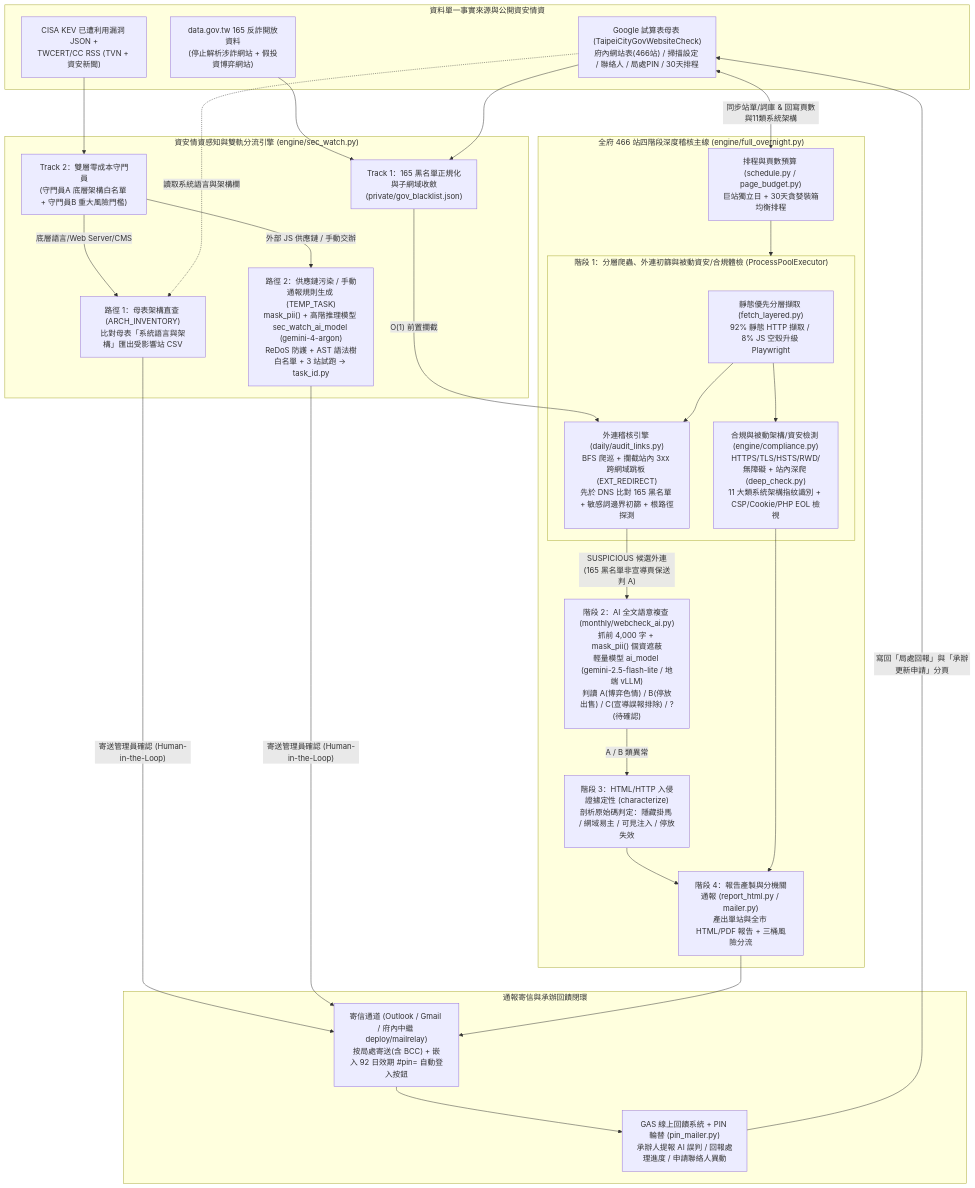
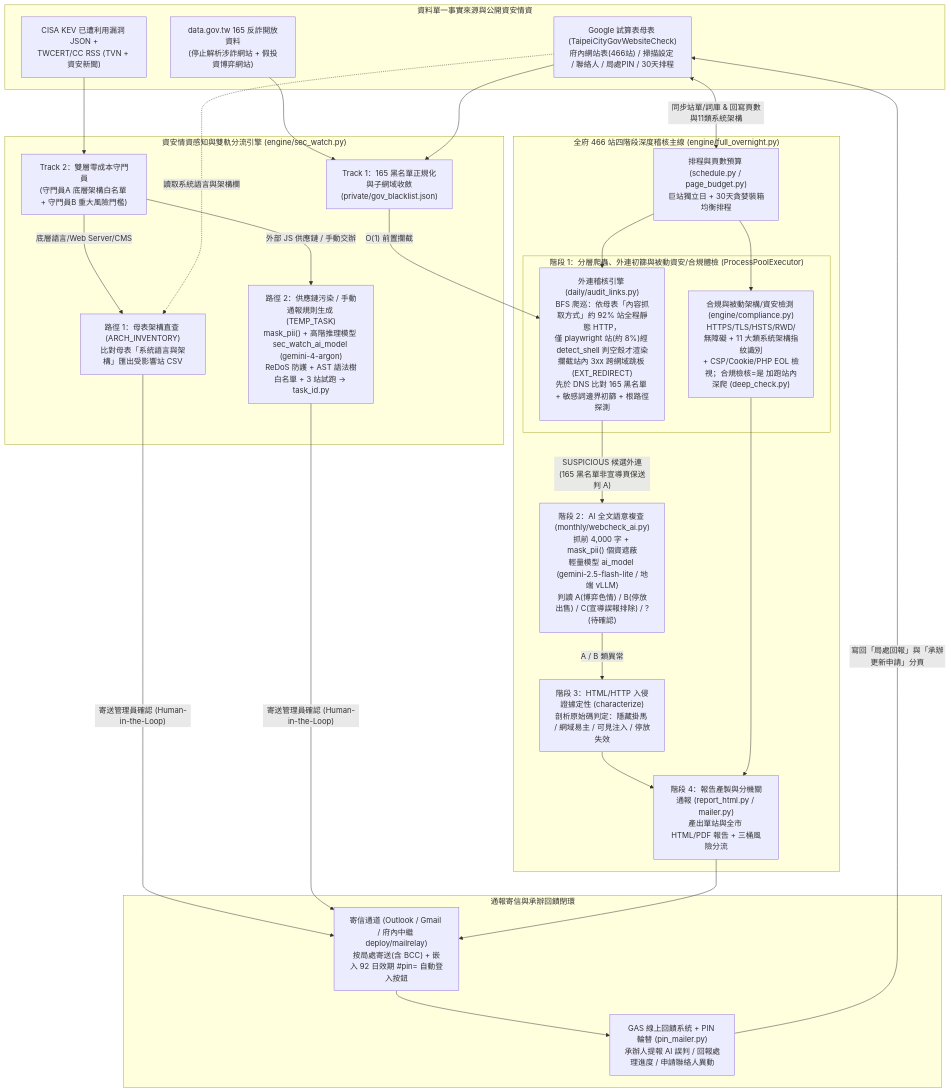
One commit to acebd12345/websitecheck changed the diagram in README.md. Above: the diagram before and after it, drawn with Mermaid. The commit also changed 1 other file, not shown here.

Commit message:
docs: correct architecture diagram - rendering decided by sheet fetch method, deep_check only for compliance sites

````diff
--- a/README.md
+++ b/README.md
@@ -17,50 +17,48 @@
 ```mermaid
 flowchart TD
     subgraph SSoT["資料單一事實來源與公開資安情資"]
         GS["Google 試算表母表 (TaipeiCityGovWebsiteCheck)<br/>府內網站表(466站) / 掃描設定 / 聯絡人 / 局處PIN / 30天排程"]
         GOV165["data.gov.tw 165 反詐開放資料<br/>(停止解析涉詐網站 + 假投資博弈網站)"]
         KEV_RSS["CISA KEV 已遭利用漏洞 JSON +<br/>TWCERT/CC RSS (TVN + 資安新聞)"]
     end
 
     subgraph SecWatch["資安情資感知與雙軌分流引擎 (engine/sec_watch.py)"]
         SW_T1["Track 1：165 黑名單正規化與子網域收斂<br/>(private/gov_blacklist.json)"]
         SW_GATE["Track 2：雙層零成本守門員<br/>(守門員A 底層架構白名單 + 守門員B 重大風險門檻)"]
         SW_P1["路徑 1：母表架構直查 (ARCH_INVENTORY)<br/>比對母表「系統語言與架構」匯出受影響站 CSV"]
         SW_P2["路徑 2：供應鏈污染 / 手動通報規則生成 (TEMP_TASK)<br/>mask_pii() + 高階推理模型 sec_watch_ai_model (gemini-4-argon)<br/>ReDoS 防護 + AST 語法樹白名單 + 3 站試跑 → task_id.py"]
     end
 
     subgraph Pipeline["全府 466 站四階段深度稽核主線 (engine/full_overnight.py)"]
         P0["排程與頁數預算 (schedule.py / page_budget.py)<br/>巨站獨立日 + 30天貪婪裝箱均衡排程"]
         subgraph Stage1["階段 1：分層爬蟲、外連初篩與被動資安/合規體檢 (ProcessPoolExecutor)"]
-            FL["靜態優先分層擷取 (fetch_layered.py)<br/>92% 靜態 HTTP 擷取 / 8% JS 空殼升級 Playwright"]
-            AL["外連稽核引擎 (daily/audit_links.py)<br/>BFS 爬巡 + 攔截站內 3xx 跨網域跳板 (EXT_REDIRECT)<br/>先於 DNS 比對 165 黑名單 + 敏感詞邊界初篩 + 根路徑探測"]
-            COMP["合規與被動架構/資安檢測 (engine/compliance.py)<br/>HTTPS/TLS/HSTS/RWD/無障礙 + 站內深爬 (deep_check.py)<br/>11 大類系統架構指紋識別 + CSP/Cookie/PHP EOL 檢視"]
+            AL["外連稽核引擎 (daily/audit_links.py)<br/>BFS 爬巡：依母表「內容抓取方式」約 92% 站全程靜態 HTTP，<br/>僅 playwright 站(約 8%)經 detect_shell 判空殼才渲染<br/>攔截站內 3xx 跨網域跳板 (EXT_REDIRECT)<br/>先於 DNS 比對 165 黑名單 + 敏感詞邊界初篩 + 根路徑探測"]
+            COMP["合規與被動架構/資安檢測 (engine/compliance.py)<br/>HTTPS/TLS/HSTS/RWD/無障礙 + 11 大類系統架構指紋識別<br/>+ CSP/Cookie/PHP EOL 檢視；合規檢核=是 加跑站內深爬 (deep_check.py)"]
         end
         Stage2["階段 2：AI 全文語意複查 (monthly/webcheck_ai.py)<br/>抓前 4,000 字 + mask_pii() 個資遮蔽<br/>輕量模型 ai_model (gemini-2.5-flash-lite / 地端 vLLM)<br/>判讀 A(博弈色情) / B(停放出售) / C(宣導誤報排除) / ?(待確認)"]
         Stage3["階段 3：HTML/HTTP 入侵證據定性 (characterize)<br/>剖析原始碼判定：隱藏掛馬 / 網域易主 / 可見注入 / 停放失效"]
         Stage4["階段 4：報告產製與分機關通報 (report_html.py / mailer.py)<br/>產出單站與全市 HTML/PDF 報告 + 三桶風險分流"]
     end
 
     subgraph Delivery["通報寄信與承辦回饋閉環"]
         RELAY["寄信通道 (Outlook / Gmail / 府內中繼 deploy/mailrelay)<br/>按局處寄送(含 BCC) + 嵌入 92 日效期 #pin= 自動登入按鈕"]
         FB["GAS 線上回饋系統 + PIN 輪替 (pin_mailer.py)<br/>承辦人提報 AI 誤判 / 回報處理進度 / 申請聯絡人異動"]
     end
 
     GS <-->|"同步站單/詞庫 & 回寫頁數與11類系統架構"| P0
     GOV165 & GS --> SW_T1
     SW_T1 -->|"O(1) 前置攔截"| AL
     KEV_RSS --> SW_GATE
     SW_GATE -->|"底層語言/Web Server/CMS"| SW_P1
     SW_GATE -->|"外部 JS 供應鏈 / 手動交辦"| SW_P2
     GS -.->|"讀取系統語言與架構欄"| SW_P1
     SW_P1 & SW_P2 -->|"寄送管理員確認 (Human-in-the-Loop)"| RELAY
 
-    P0 --> Stage1
-    FL --> AL & COMP
+    P0 --> AL & COMP
     AL -->|"SUSPICIOUS 候選外連<br/>(165 黑名單非宣導頁保送判 A)"| Stage2
     Stage2 -->|"A / B 類異常"| Stage3
     Stage3 & COMP --> Stage4
     Stage4 --> RELAY
     RELAY --> FB
     FB -->|"寫回「局處回報」與「承辦更新申請」分頁"| GS
 ```
````
